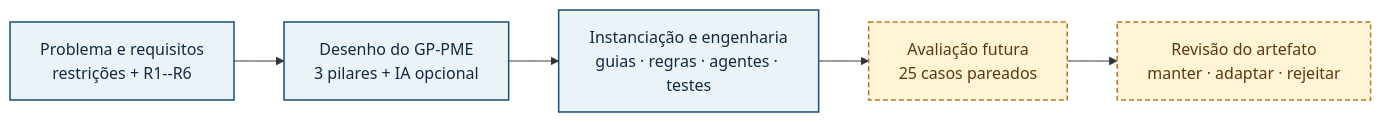
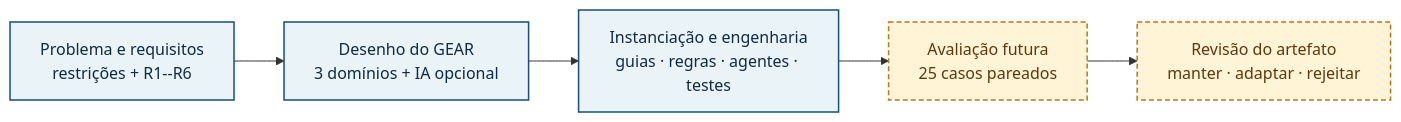
One commit to andrecodexvictor/GP-Pme changed the diagram in GP-Pme Article/overleaf/figures/mermaid/research-pipeline.mmd. Above: the diagram before and after it, drawn with Mermaid. The commit also changed 351 other files, not shown here.

```diff
--- a/GP-Pme Article/overleaf/figures/mermaid/research-pipeline.mmd
+++ b/GP-Pme Article/overleaf/figures/mermaid/research-pipeline.mmd
@@ -1,11 +1,11 @@
 flowchart LR
     A["Problema e requisitos<br/>restrições + R1--R6"]
-    A --> B["Desenho do GP-PME<br/>3 pilares + IA opcional"]
+    A --> B["Desenho do GEAR<br/>3 domínios + IA opcional"]
     B --> C["Instanciação e engenharia<br/>guias · regras · agentes · testes"]
     C --> D["Avaliação futura<br/>25 casos pareados"]
     D --> E["Revisão do artefato<br/>manter · adaptar · rejeitar"]
 
     classDef base fill:#EAF3F8,stroke:#184E77,color:#102A43,stroke-width:1.5px;
     classDef future fill:#FFF4D6,stroke:#B7791F,color:#5F370E,stroke-width:1.5px,stroke-dasharray: 5 3;
     class A,B,C base;
     class D,E future;
```
